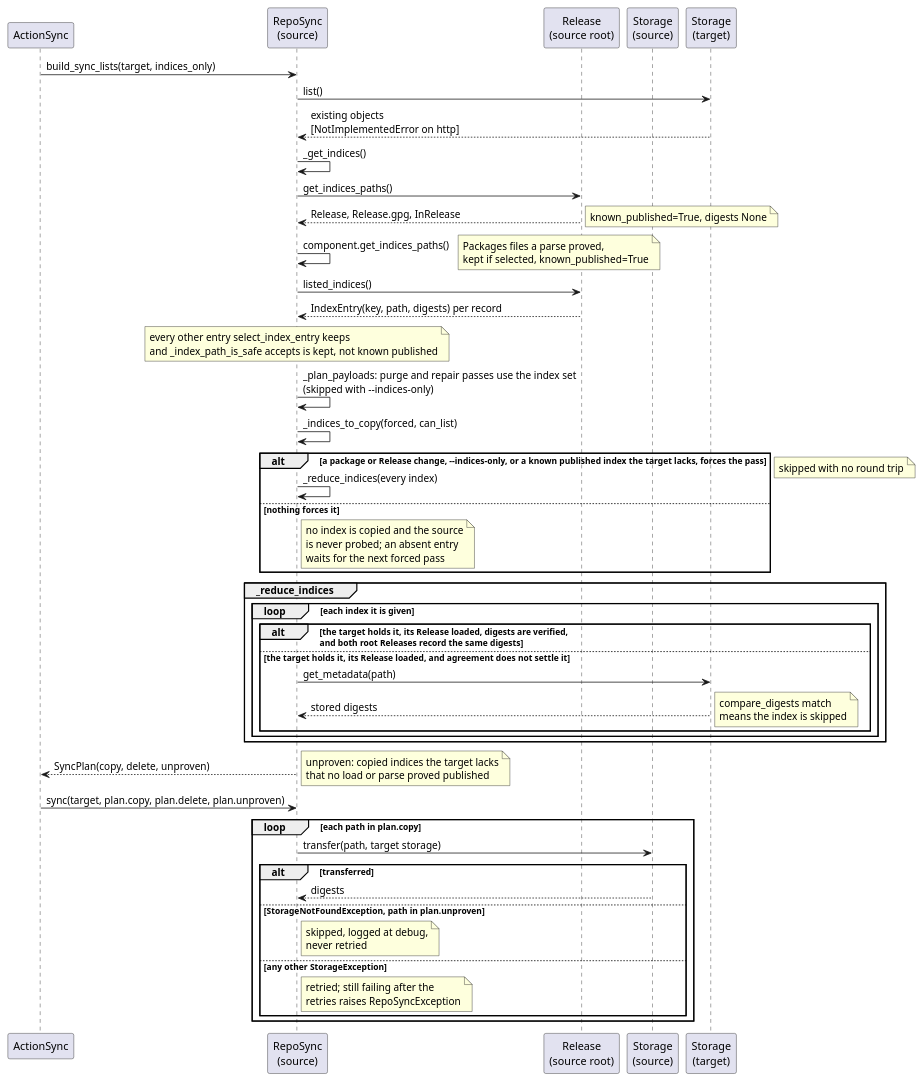
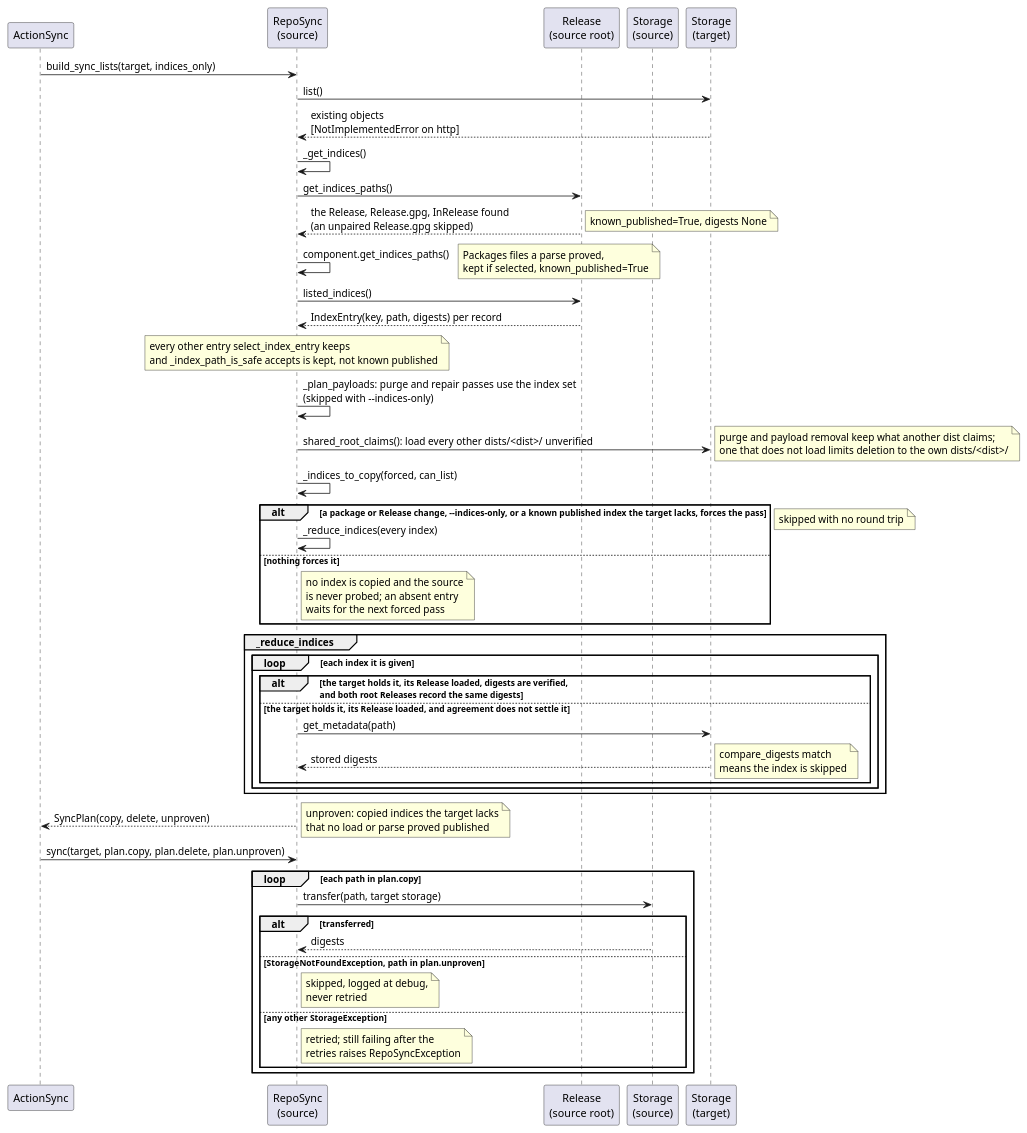
The diagram in docs/development/diagrams/repo-sync-indices-sequence.puml (vinklat/debkit), drawn with PlantUML before and after one commit. The commit also changed 24 other files, not shown here.

```diff
--- a/docs/development/diagrams/repo-sync-indices-sequence.puml
+++ b/docs/development/diagrams/repo-sync-indices-sequence.puml
@@ -1,58 +1,60 @@
 @startuml
 participant ActionSync
 participant "RepoSync\n(source)" as Src
 participant "Release\n(source root)" as Rel
 participant "Storage\n(source)" as SStor
 participant "Storage\n(target)" as TStor
 
 ActionSync -> Src: build_sync_lists(target, indices_only)
 Src -> TStor: list()
 TStor --> Src: existing objects\n[NotImplementedError on http]
 
 Src -> Src: _get_indices()
 Src -> Rel: get_indices_paths()
-Rel --> Src: Release, Release.gpg, InRelease
+Rel --> Src: the Release, Release.gpg, InRelease found\n(an unpaired Release.gpg skipped)
 note right: known_published=True, digests None
 Src -> Src: component.get_indices_paths()
 note right: Packages files a parse proved,\nkept if selected, known_published=True
 Src -> Rel: listed_indices()
 Rel --> Src: IndexEntry(key, path, digests) per record
 
 note over Src: every other entry select_index_entry keeps\nand _index_path_is_safe accepts is kept, not known published
 
 Src -> Src: _plan_payloads: purge and repair passes use the index set\n(skipped with --indices-only)
+Src -> TStor: shared_root_claims(): load every other dists/<dist>/ unverified
+note right: purge and payload removal keep what another dist claims;\none that does not load limits deletion to the own dists/<dist>/
 
 Src -> Src: _indices_to_copy(forced, can_list)
 alt a package or Release change, --indices-only, or a known published index the target lacks, forces the pass
   Src -> Src: _reduce_indices(every index)
 else nothing forces it
   note right of Src: no index is copied and the source\nis never probed; an absent entry\nwaits for the next forced pass
 end
 
 group _reduce_indices
   loop each index it is given
     alt the target holds it, its Release loaded, digests are verified,\nand both root Releases record the same digests
       note right: skipped with no round trip
     else the target holds it, its Release loaded, and agreement does not settle it
       Src -> TStor: get_metadata(path)
       TStor --> Src: stored digests
       note right: compare_digests match\nmeans the index is skipped
     end
   end
 end
 
 Src --> ActionSync: SyncPlan(copy, delete, unproven)
 note right: unproven: copied indices the target lacks\nthat no load or parse proved published
 
 ActionSync -> Src: sync(target, plan.copy, plan.delete, plan.unproven)
 loop each path in plan.copy
   Src -> SStor: transfer(path, target storage)
   alt transferred
     SStor --> Src: digests
   else StorageNotFoundException, path in plan.unproven
     note right of Src: skipped, logged at debug,\nnever retried
   else any other StorageException
     note right of Src: retried; still failing after the\nretries raises RepoSyncException
   end
 end
 @enduml
```
